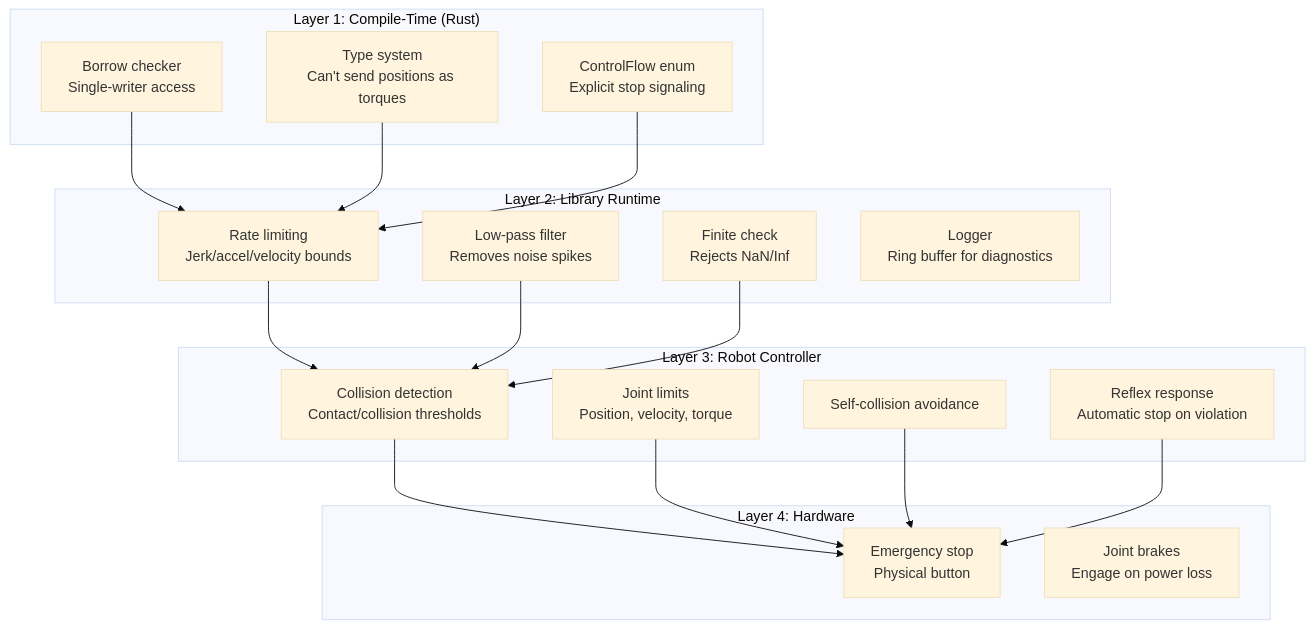
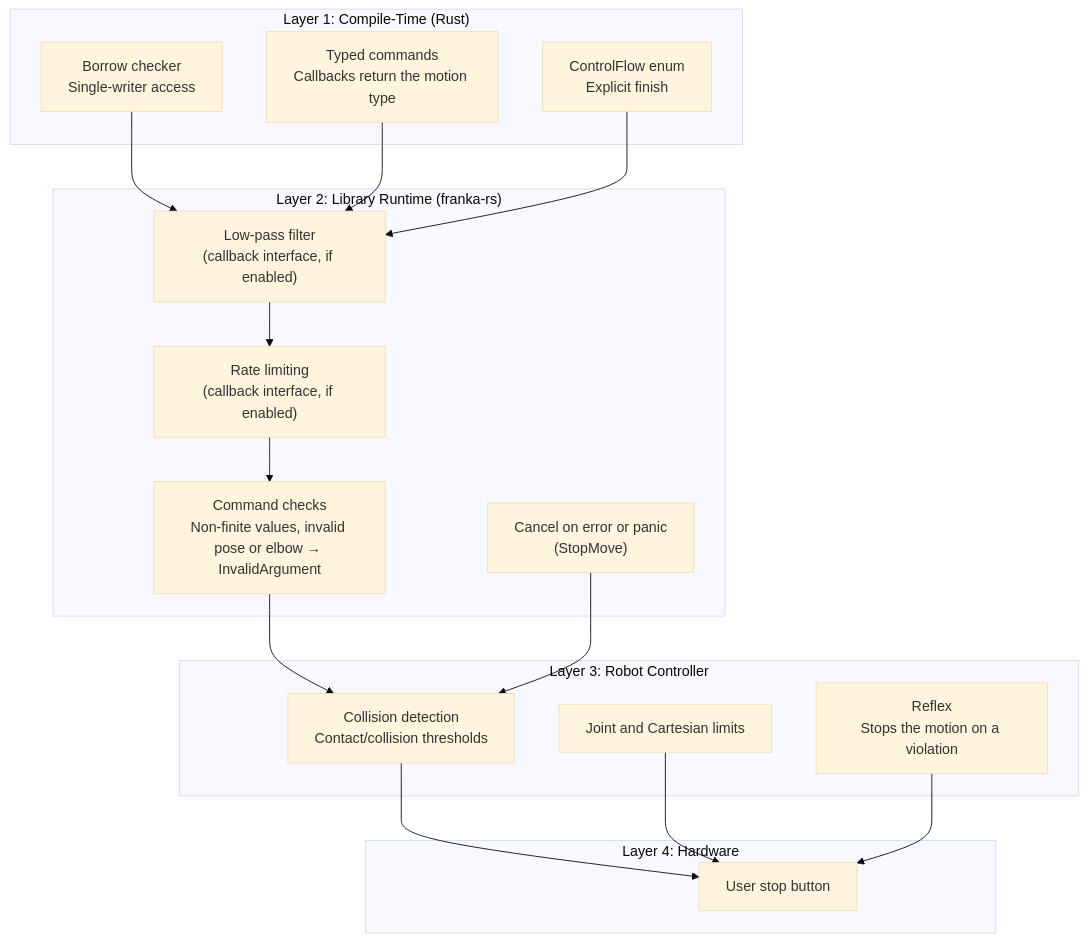
Before and after one commit to ColeTen/franka-rs: the first of 3 diagrams in docs/src/design/safety.md, drawn with Mermaid (base theme). The commit also changed other lines of this file and 43 other files, not shown here.

````diff
--- a/docs/src/design/safety.md
+++ b/docs/src/design/safety.md
@@ -7,38 +8,36 @@
 ```mermaid
 flowchart TD
     subgraph "Layer 1: Compile-Time (Rust)"
         BORROW["Borrow checker<br/>Single-writer access"]
-        TYPES["Type system<br/>Can't send positions as torques"]
-        CTRL["ControlFlow enum<br/>Explicit stop signaling"]
+        TYPES["Typed commands<br/>Callbacks return the motion type"]
+        CTRL["ControlFlow enum<br/>Explicit finish"]
     end
 
-    subgraph "Layer 2: Library Runtime"
-        RATE["Rate limiting<br/>Jerk/accel/velocity bounds"]
-        FILTER["Low-pass filter<br/>Removes noise spikes"]
-        FINITE["Finite check<br/>Rejects NaN/Inf"]
-        LOG["Logger<br/>Ring buffer for diagnostics"]
+    subgraph "Layer 2: Library Runtime (franka-rs)"
+        FILTER["Low-pass filter<br/>(callback interface, if enabled)"]
+        RATE["Rate limiting<br/>(callback interface, if enabled)"]
+        CHECKS["Command checks<br/>Non-finite values, invalid pose or elbow → InvalidArgument"]
+        CANCEL["Cancel on error or panic<br/>(StopMove)"]
     end
 
     subgraph "Layer 3: Robot Controller"
         COLL["Collision detection<br/>Contact/collision thresholds"]
-        LIMITS["Joint limits<br/>Position, velocity, torque"]
-        SELF["Self-collision avoidance"]
-        REFLEX["Reflex response<br/>Automatic stop on violation"]
+        LIMITS["Joint and Cartesian limits"]
+        REFLEX["Reflex<br/>Stops the motion on a violation"]
     end
 
     subgraph "Layer 4: Hardware"
-        ESTOP["Emergency stop<br/>Physical button"]
-        BRAKES["Joint brakes<br/>Engage on power loss"]
+        ESTOP["User stop button"]
     end
 
-    BORROW --> RATE
-    TYPES --> RATE
-    CTRL --> RATE
-    RATE --> COLL
-    FILTER --> COLL
-    FINITE --> COLL
+    BORROW --> FILTER
+    TYPES --> FILTER
+    CTRL --> FILTER
+    FILTER --> RATE
+    RATE --> CHECKS
+    CHECKS --> COLL
+    CANCEL --> COLL
     COLL --> ESTOP
     LIMITS --> ESTOP
-    SELF --> ESTOP
     REFLEX --> ESTOP
 ```
````
